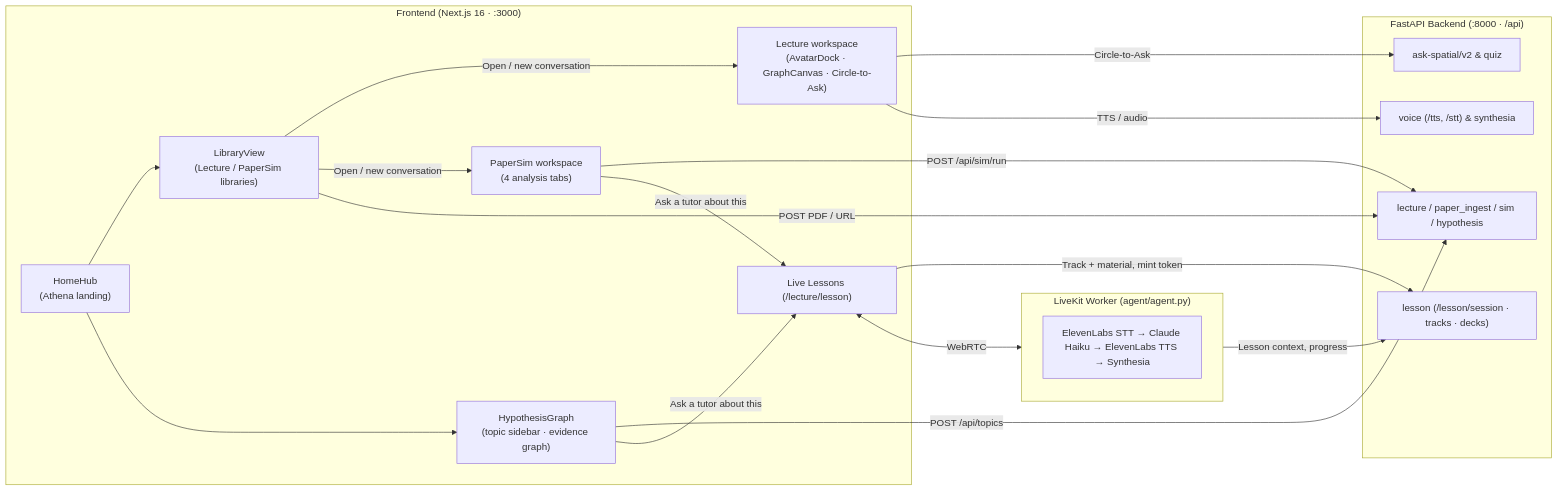
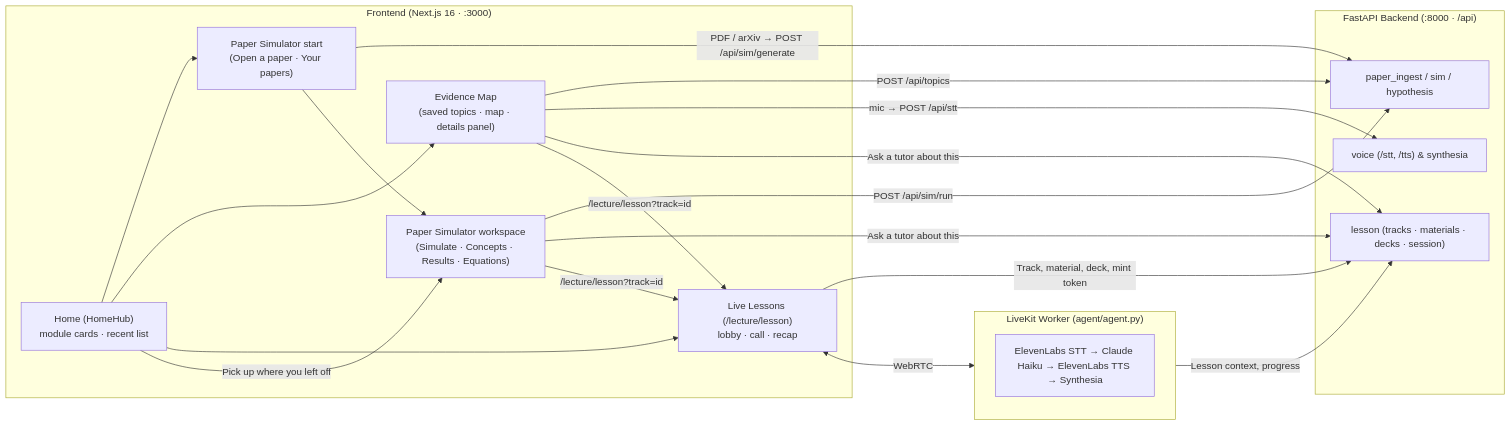
Before and after one commit to AshuMaths1729/Imperial_AI_Hack: the diagram in DESIGN.md, drawn with Mermaid. The commit also changed other lines of this file and 1 other file, not shown here.

````diff
--- a/DESIGN.md
+++ b/DESIGN.md
@@ -9,37 +11,37 @@
 ```mermaid
 flowchart LR
   subgraph Client["Frontend (Next.js 16 · :3000)"]
-    Home["HomeHub<br/>(Athena landing)"]
-    Lib["LibraryView<br/>(Lecture / PaperSim libraries)"]
-    LW["Lecture workspace<br/>(AvatarDock · GraphCanvas · Circle-to-Ask)"]
-    PS["PaperSim workspace<br/>(4 analysis tabs)"]
-    HG["HypothesisGraph<br/>(topic sidebar · evidence graph)"]
-    Tutor["Live Lessons (/lecture/lesson)"]
+    Home["Home (HomeHub)<br/>module cards · recent list"]
+    PSStart["Paper Simulator start<br/>(Open a paper · Your papers)"]
+    PS["Paper Simulator workspace<br/>(Simulate · Concepts · Results · Equations)"]
+    EM["Evidence Map<br/>(saved topics · map · details panel)"]
+    Lessons["Live Lessons (/lecture/lesson)<br/>lobby · call · recap"]
   end
 
   subgraph Backend["FastAPI Backend (:8000 · /api)"]
-    Ingest["lecture / paper_ingest / sim / hypothesis"]
-    Ask["ask-spatial/v2 & quiz"]
-    Voice["voice (/tts, /stt) & synthesia"]
-    TutorAPI["lesson (/lesson/session · tracks · decks)"]
+    Ingest["paper_ingest / sim / hypothesis"]
+    Voice["voice (/stt, /tts) & synthesia"]
+    LessonAPI["lesson (tracks · materials · decks · session)"]
   end
 
   subgraph Agent["LiveKit Worker (agent/agent.py)"]
     Pipeline["ElevenLabs STT → Claude Haiku → ElevenLabs TTS → Synthesia"]
   end
 
-  Home --> Lib
-  Home --> HG
-  Lib -->|Open / new conversation| LW
-  Lib -->|Open / new conversation| PS
-  Lib -->|POST PDF / URL| Ingest
-  HG -->|POST /api/topics| Ingest
+  Home --> PSStart
+  Home --> EM
+  Home --> Lessons
+  Home -->|Pick up where you left off| PS
+  PSStart -->|PDF / arXiv → POST /api/sim/generate| Ingest
+  PSStart --> PS
   PS -->|POST /api/sim/run| Ingest
-  LW -->|Circle-to-Ask| Ask
-  LW -->|TTS / audio| Voice
-  PS -->|Ask a tutor about this| Tutor
-  HG -->|Ask a tutor about this| Tutor
-  Tutor <-->|WebRTC| Agent
-  Tutor -->|Track + material, mint token| TutorAPI
-  Agent -->|Lesson context, progress| TutorAPI
+  EM -->|POST /api/topics| Ingest
+  EM -->|mic → POST /api/stt| Voice
+  PS -->|Ask a tutor about this| LessonAPI
+  EM -->|Ask a tutor about this| LessonAPI
+  PS -->|"/lecture/lesson?track=id"| Lessons
+  EM -->|"/lecture/lesson?track=id"| Lessons
+  Lessons -->|Track, material, deck, mint token| LessonAPI
+  Lessons <-->|WebRTC| Agent
+  Agent -->|Lesson context, progress| LessonAPI
 ```
````
